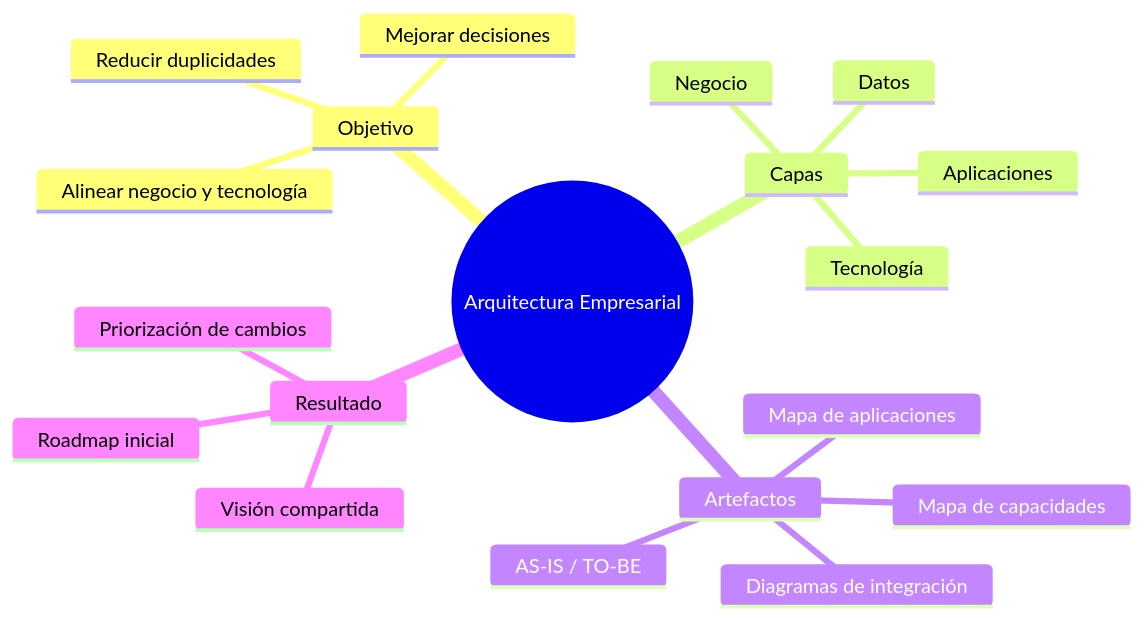
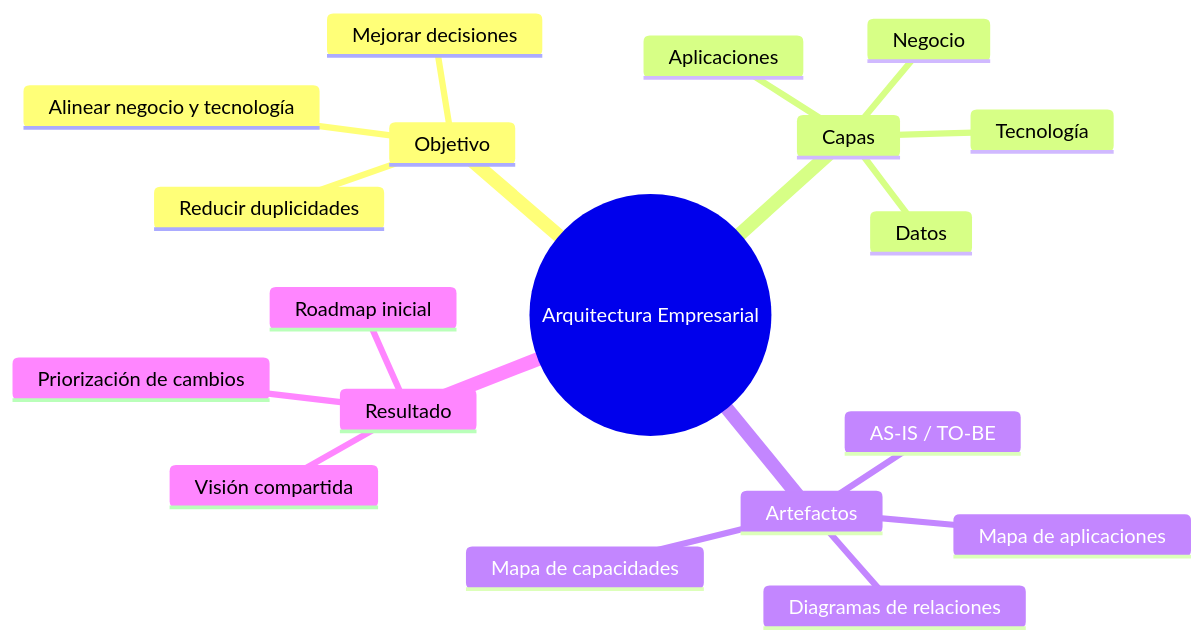
One commit to i-xarlos/isil-ing-sistemas changed the second of 3 diagrams in docs/arq-empresarial/clase-02-graficos.md. Above: the diagram before and after it, drawn with Mermaid.

Commit message:
Docs: alinear terminología entre resumen y gráficos Clase 02
Agent-Logs-Url: https://github.com/i-xarlos/isil-ing-sistemas/sessions/6b5b84cd-5c28-4f86-b24e-5554716ad1ee

````diff
--- a/docs/arq-empresarial/clase-02-graficos.md
+++ b/docs/arq-empresarial/clase-02-graficos.md
@@ -15,22 +15,22 @@
 ```mermaid
 mindmap
   root((Arquitectura Empresarial))
     Objetivo
       Alinear negocio y tecnología
       Reducir duplicidades
       Mejorar decisiones
     Capas
       Negocio
       Datos
       Aplicaciones
       Tecnología
     Artefactos
       Mapa de capacidades
       Mapa de aplicaciones
-      Diagramas de integración
+      Diagramas de relaciones
       AS-IS / TO-BE
     Resultado
       Visión compartida
       Priorización de cambios
       Roadmap inicial
 ```
````
